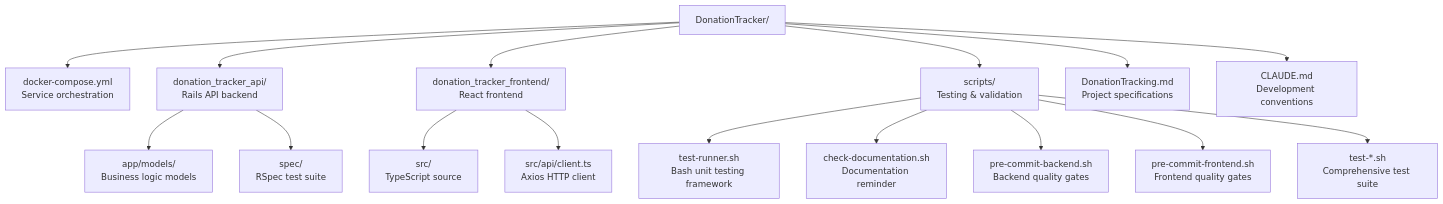
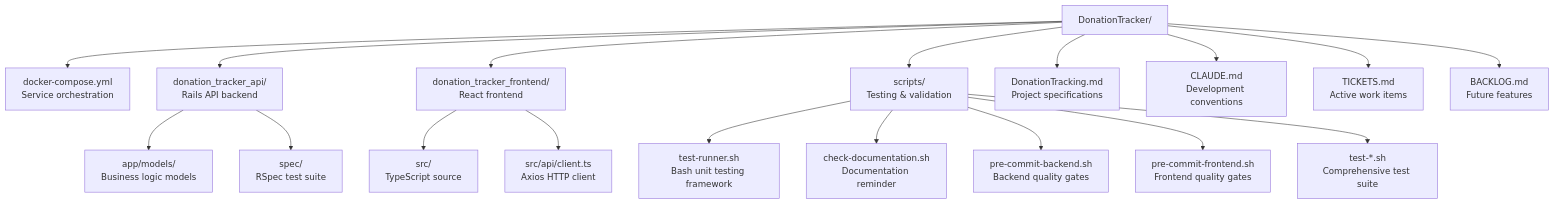
Before and after one commit to mlongerich/DonationTracker: the first of 6 diagrams in CLAUDE.md, drawn with Mermaid. The commit also changed other lines of this file and 5 other files, not shown here.

````diff
--- a/CLAUDE.md
+++ b/CLAUDE.md
@@ -17,21 +17,23 @@
 ```mermaid
 flowchart TB
     A[DonationTracker/] --> B[docker-compose.yml<br/>Service orchestration]
     A --> C[donation_tracker_api/<br/>Rails API backend]
     A --> D[donation_tracker_frontend/<br/>React frontend]
     A --> E[scripts/<br/>Testing & validation]
     A --> F[DonationTracking.md<br/>Project specifications]
     A --> G[CLAUDE.md<br/>Development conventions]
+    A --> H[TICKETS.md<br/>Active work items]
+    A --> I[BACKLOG.md<br/>Future features]
 
     C --> C1[app/models/<br/>Business logic models]
     C --> C2[spec/<br/>RSpec test suite]
 
     D --> D1[src/<br/>TypeScript source]
     D --> D2[src/api/client.ts<br/>Axios HTTP client]
 
     E --> E1[test-runner.sh<br/>Bash unit testing framework]
     E --> E2[check-documentation.sh<br/>Documentation reminder]
     E --> E3[pre-commit-backend.sh<br/>Backend quality gates]
     E --> E4[pre-commit-frontend.sh<br/>Frontend quality gates]
     E --> E5[test-*.sh<br/>Comprehensive test suite]
 ```
````
